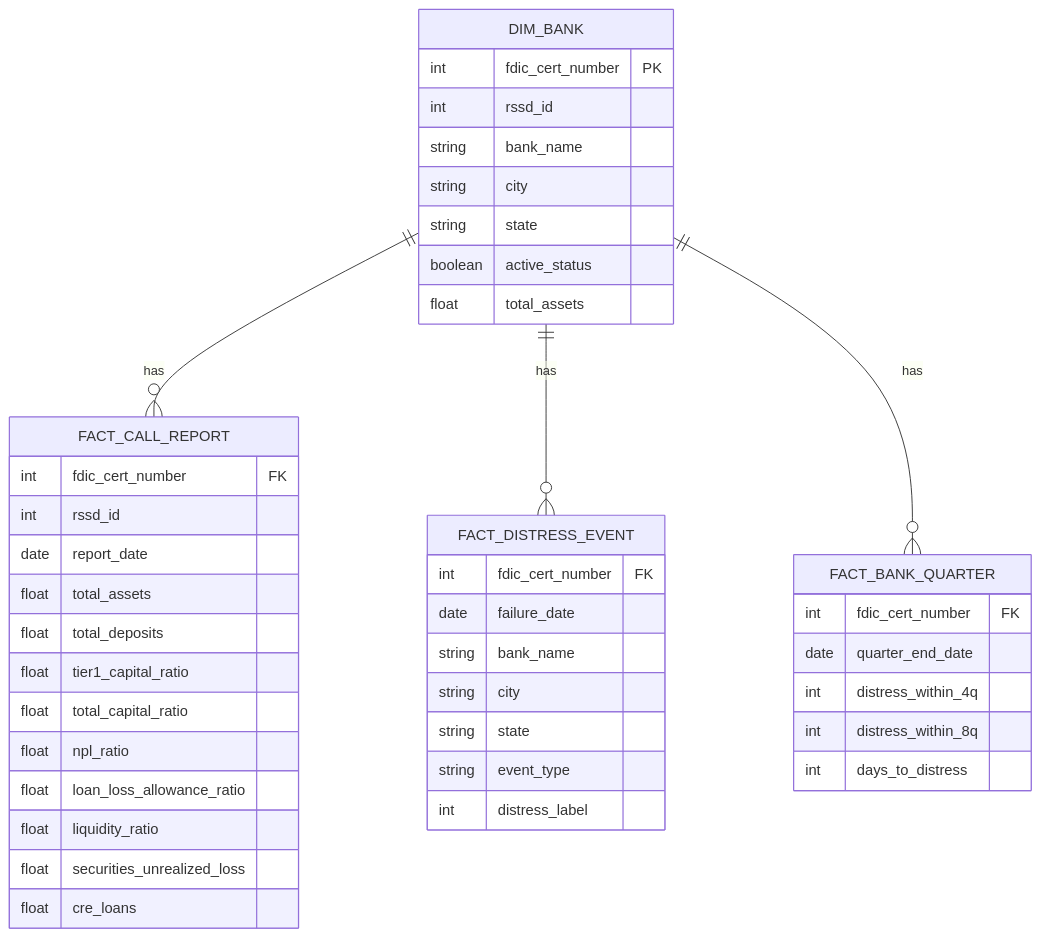
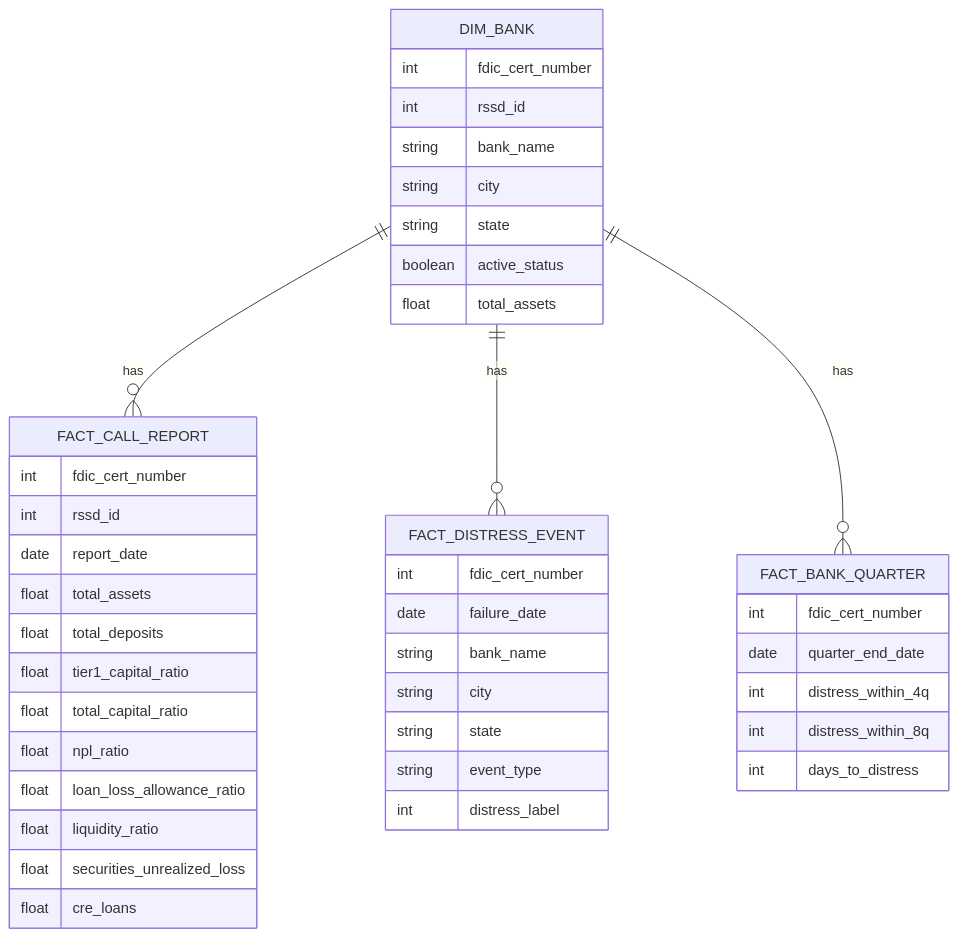
One commit to HOSH19/PNC_Capstone changed the second of 2 diagrams in README.md. Above: the diagram before and after it, drawn with Mermaid. The commit also changed other lines of this file, not shown here.

````diff
--- a/README.md
+++ b/README.md
@@ -47,49 +23,49 @@
 ```mermaid
 erDiagram
     DIM_BANK ||--o{ FACT_CALL_REPORT : has
     DIM_BANK ||--o{ FACT_DISTRESS_EVENT : has
     DIM_BANK ||--o{ FACT_BANK_QUARTER : has
 
     DIM_BANK {
-        int fdic_cert_number PK
+        int fdic_cert_number
         int rssd_id
         string bank_name
         string city
         string state
         boolean active_status
         float total_assets
     }
 
     FACT_CALL_REPORT {
-        int fdic_cert_number FK
+        int fdic_cert_number
         int rssd_id
         date report_date
         float total_assets
         float total_deposits
         float tier1_capital_ratio
         float total_capital_ratio
         float npl_ratio
         float loan_loss_allowance_ratio
         float liquidity_ratio
         float securities_unrealized_loss
         float cre_loans
     }
 
     FACT_DISTRESS_EVENT {
-        int fdic_cert_number FK
+        int fdic_cert_number
         date failure_date
         string bank_name
         string city
         string state
         string event_type
         int distress_label
     }
 
     FACT_BANK_QUARTER {
-        int fdic_cert_number FK
+        int fdic_cert_number
         date quarter_end_date
         int distress_within_4q
         int distress_within_8q
         int days_to_distress
     }
 ```
````
